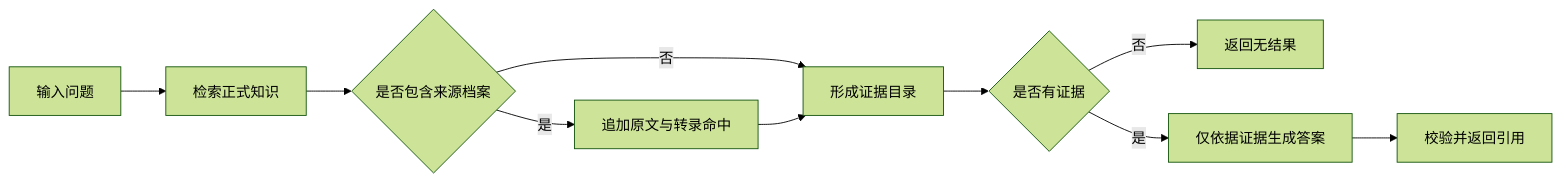
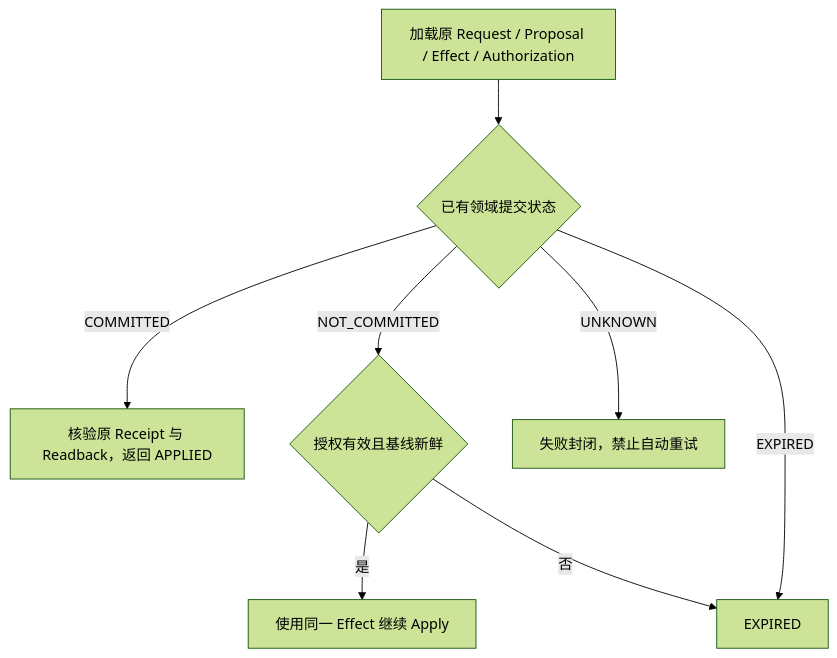
The seventh of 8 diagrams in docs/系统功能设计说明.md (hych0317/Adaptive-Agent-Runtime), drawn with Mermaid (forest theme) before and after one commit. The commit also changed other lines of this file and 38 other files, not shown here.

````diff
--- a/docs/系统功能设计说明.md
+++ b/docs/系统功能设计说明.md
@@ -566,12 +731,10 @@
 ```mermaid
-flowchart LR
-    A["输入问题"] --> B["检索正式知识"]
-    B --> C{"是否包含来源档案"}
-    C -- "是" --> D["追加原文与转录命中"]
-    C -- "否" --> E["形成证据目录"]
-    D --> E
-    E --> F{"是否有证据"}
-    F -- "否" --> G["返回无结果"]
-    F -- "是" --> H["仅依据证据生成答案"]
-    H --> I["校验并返回引用"]
+flowchart TD
+    A["加载原 Request / Proposal / Effect / Authorization"] --> B{"已有领域提交状态"}
+    B -- "COMMITTED" --> C["核验原 Receipt 与 Readback，返回 APPLIED"]
+    B -- "NOT_COMMITTED" --> D{"授权有效且基线新鲜"}
+    D -- "是" --> E["使用同一 Effect 继续 Apply"]
+    D -- "否" --> F["EXPIRED"]
+    B -- "EXPIRED" --> F
+    B -- "UNKNOWN" --> G["失败封闭，禁止自动重试"]
 ```
````
